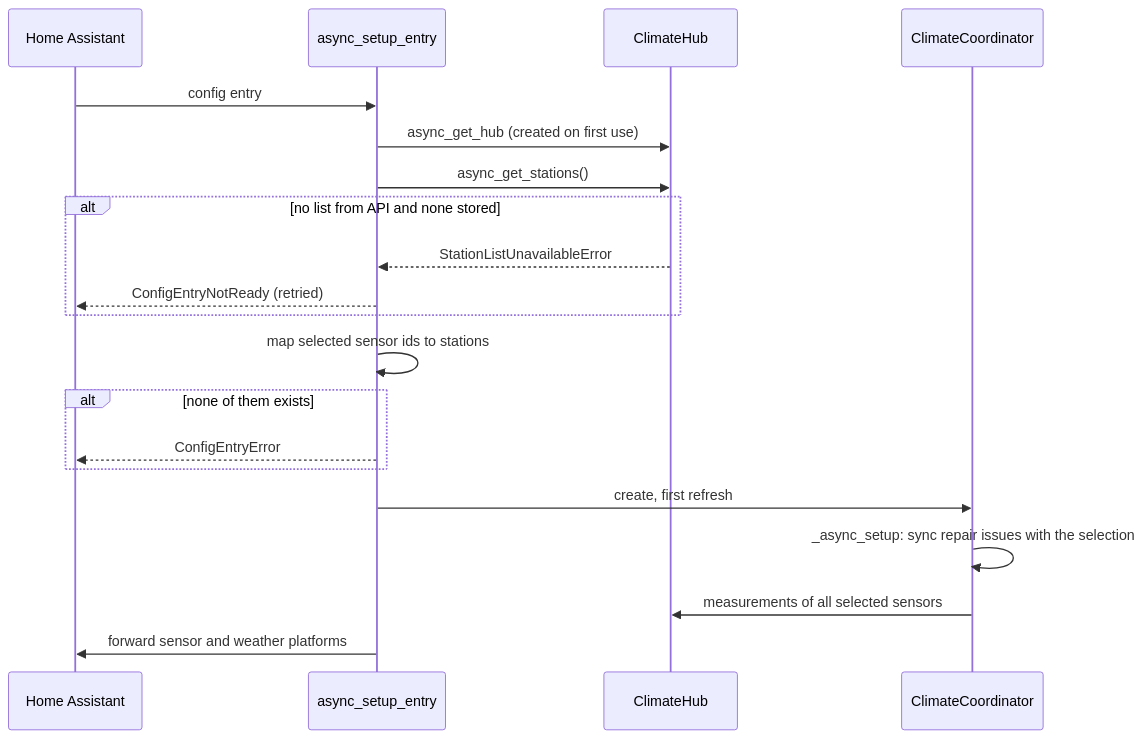
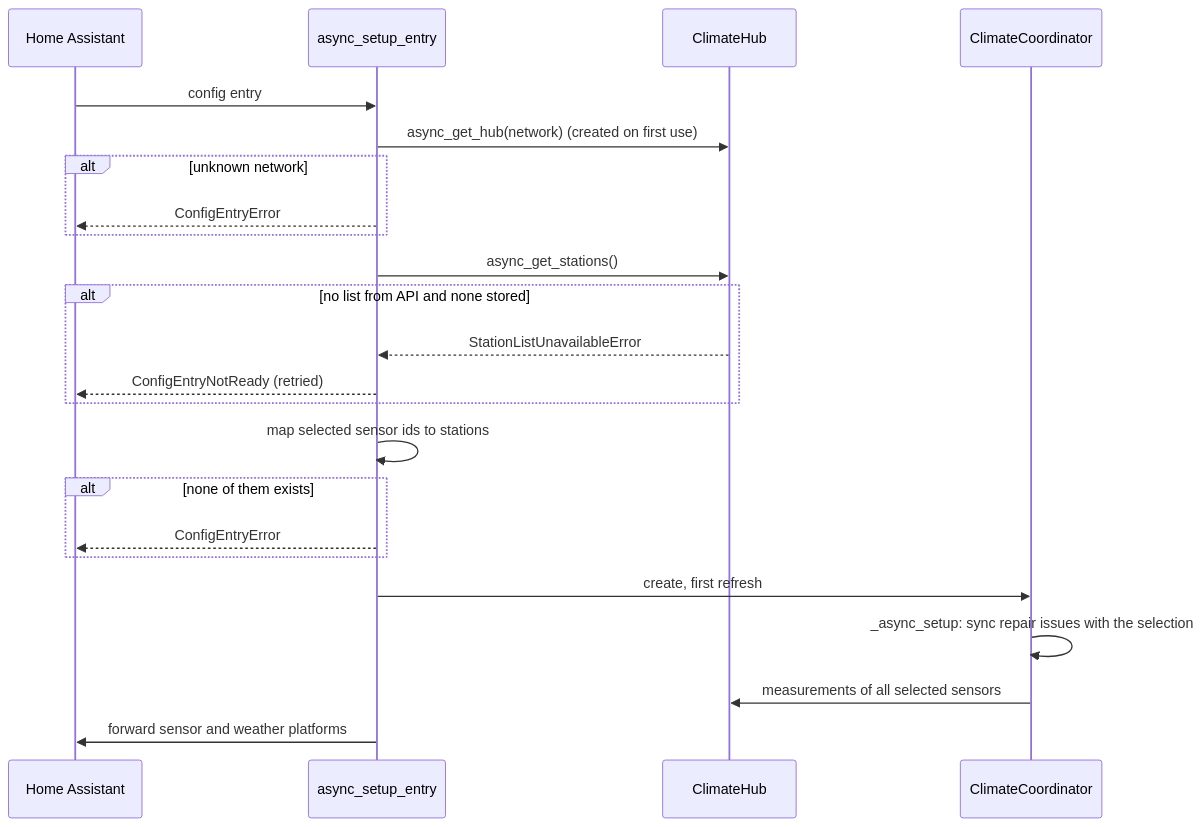
The second of 3 diagrams in docs/en/developer/architecture.md (CodeBrauer/ha-urban-weather), drawn with Mermaid before and after one commit. The commit also changed other lines of this file and 30 other files, not shown here.

First line of the commit message:
feat: choose the network in the config flow (#78)

````diff
--- a/docs/en/developer/architecture.md
+++ b/docs/en/developer/architecture.md
@@ -93,22 +93,25 @@
 ```mermaid
 sequenceDiagram
     participant HA as Home Assistant
     participant Init as async_setup_entry
     participant Hub as ClimateHub
     participant Coord as ClimateCoordinator
     HA->>Init: config entry
-    Init->>Hub: async_get_hub (created on first use)
+    Init->>Hub: async_get_hub(network) (created on first use)
+    alt unknown network
+        Init-->>HA: ConfigEntryError
+    end
     Init->>Hub: async_get_stations()
     alt no list from API and none stored
         Hub-->>Init: StationListUnavailableError
         Init-->>HA: ConfigEntryNotReady (retried)
     end
     Init->>Init: map selected sensor ids to stations
     alt none of them exists
         Init-->>HA: ConfigEntryError
     end
     Init->>Coord: create, first refresh
     Coord->>Coord: _async_setup: sync repair issues with the selection
     Coord->>Hub: measurements of all selected sensors
     Init->>HA: forward sensor and weather platforms
 ```
````
